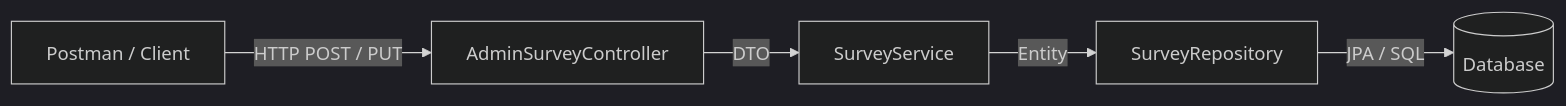
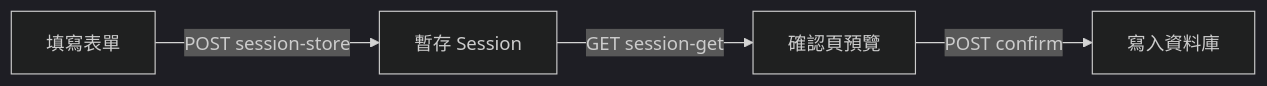
One commit to gagahsu/slidev-springboot changed the fourth of 4 diagrams in 47-dynamic-survey.md. Above: the diagram before and after it, drawn with Mermaid (dark theme). The commit also changed other lines of this file and 1 other file, not shown here.

````diff
--- a/47-dynamic-survey.md
+++ b/47-dynamic-survey.md
@@ -281,7 +2340,6 @@
 ```mermaid
 graph LR
-    Client[Postman / Client] -->|HTTP POST / PUT| Controller[AdminSurveyController]
-    Controller -->|DTO| Service[SurveyService]
-    Service -->|Entity| Repository[SurveyRepository]
-    Repository -->|JPA / SQL| DB[(Database)]
+    A[填寫表單] -->|POST session-store| B[暫存 Session]
+    B -->|GET session-get| C[確認頁預覽]
+    C -->|POST confirm| D[寫入資料庫]
 ```
````
